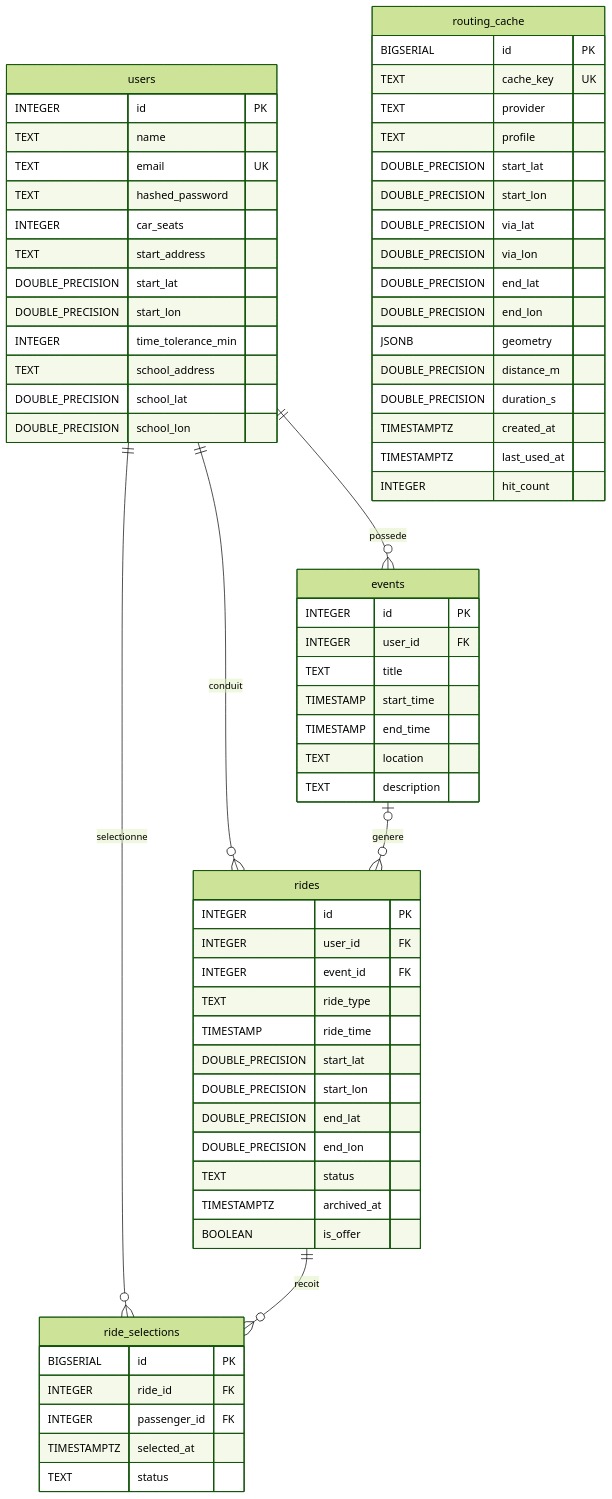
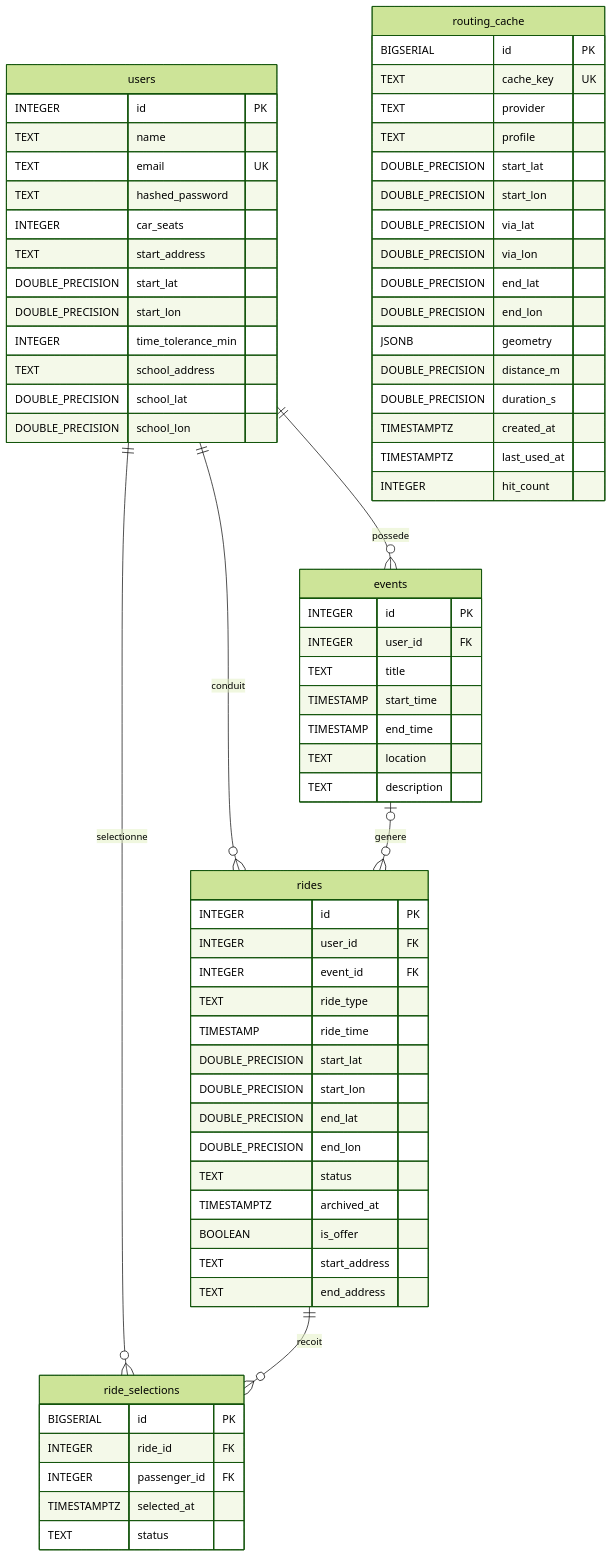
The diagram in doc/DATABASE_SCHEMA.md (NaelFares/CNAM-I2-Project), drawn with Mermaid (forest theme) before and after one commit. The commit also changed other lines of this file and 14 other files, not shown here.

````diff
--- a/doc/DATABASE_SCHEMA.md
+++ b/doc/DATABASE_SCHEMA.md
@@ -16,75 +16,77 @@
 ```mermaid
 erDiagram
     users ||--o{ events : possede
     users ||--o{ rides : conduit
     events o|--o{ rides : genere
     users ||--o{ ride_selections : selectionne
     rides ||--o{ ride_selections : recoit
 
     users {
         INTEGER id PK
         TEXT name
         TEXT email UK
         TEXT hashed_password
         INTEGER car_seats
         TEXT start_address
         DOUBLE_PRECISION start_lat
         DOUBLE_PRECISION start_lon
         INTEGER time_tolerance_min
         TEXT school_address
         DOUBLE_PRECISION school_lat
         DOUBLE_PRECISION school_lon
     }
 
     events {
         INTEGER id PK
         INTEGER user_id FK
         TEXT title
         TIMESTAMP start_time
         TIMESTAMP end_time
         TEXT location
         TEXT description
     }
 
     rides {
         INTEGER id PK
         INTEGER user_id FK
         INTEGER event_id FK
         TEXT ride_type
         TIMESTAMP ride_time
         DOUBLE_PRECISION start_lat
         DOUBLE_PRECISION start_lon
         DOUBLE_PRECISION end_lat
         DOUBLE_PRECISION end_lon
         TEXT status
         TIMESTAMPTZ archived_at
         BOOLEAN is_offer
+        TEXT start_address
+        TEXT end_address
     }
 
     ride_selections {
         BIGSERIAL id PK
         INTEGER ride_id FK
         INTEGER passenger_id FK
         TIMESTAMPTZ selected_at
         TEXT status
     }
 
     routing_cache {
         BIGSERIAL id PK
         TEXT cache_key UK
         TEXT provider
         TEXT profile
         DOUBLE_PRECISION start_lat
         DOUBLE_PRECISION start_lon
         DOUBLE_PRECISION via_lat
         DOUBLE_PRECISION via_lon
         DOUBLE_PRECISION end_lat
         DOUBLE_PRECISION end_lon
         JSONB geometry
         DOUBLE_PRECISION distance_m
         DOUBLE_PRECISION duration_s
         TIMESTAMPTZ created_at
         TIMESTAMPTZ last_used_at
         INTEGER hit_count
     }
 ```
````
